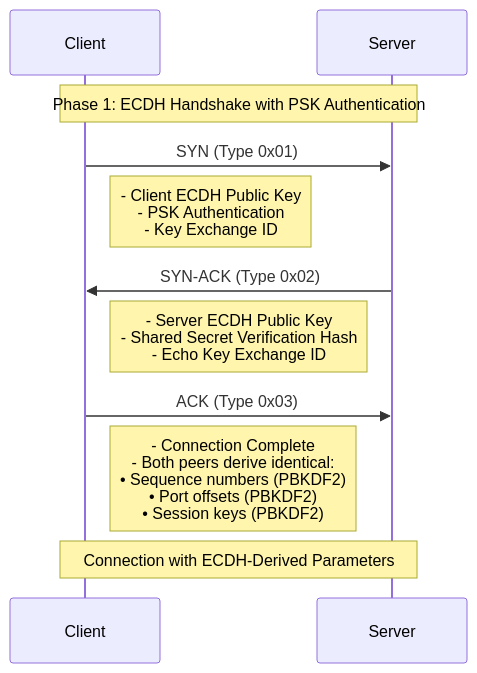
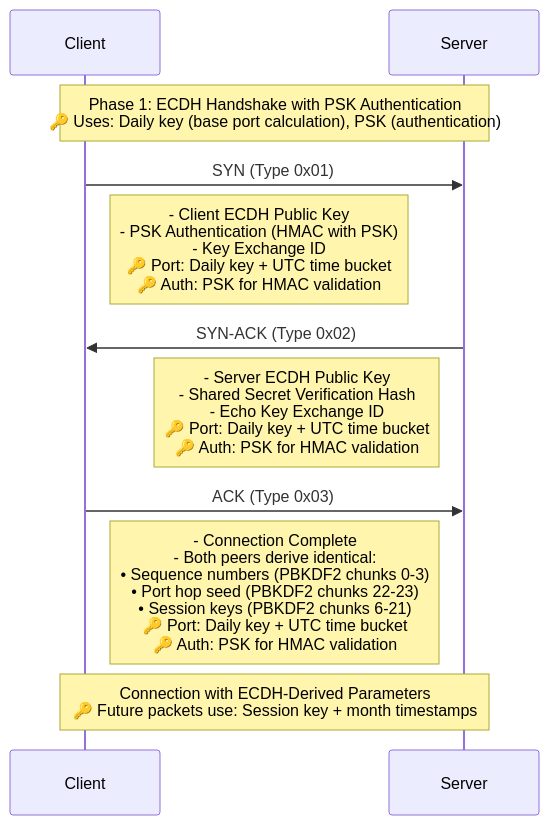
The third of 44 diagrams in design/protocol/14-sequence-diagrams.md (aidanmorgan/buckwild), drawn with Mermaid before and after one commit. The commit also changed other lines of this file and 9 other files, not shown here.

````diff
--- a/design/protocol/14-sequence-diagrams.md
+++ b/design/protocol/14-sequence-diagrams.md
@@ -71,17 +71,17 @@
 ```mermaid
 sequenceDiagram
     participant Client
     participant Server
     
-    Note over Client,Server: Phase 1: ECDH Handshake with PSK Authentication
+    Note over Client,Server: Phase 1: ECDH Handshake with PSK Authentication<br/>🔑 Uses: Daily key (base port calculation), PSK (authentication)
     Client->>Server: SYN (Type 0x01)
-    Note right of Client: - Client ECDH Public Key<br/>- PSK Authentication<br/>- Key Exchange ID
+    Note right of Client: - Client ECDH Public Key<br/>- PSK Authentication (HMAC with PSK)<br/>- Key Exchange ID<br/>🔑 Port: Daily key + UTC time bucket<br/>🔑 Auth: PSK for HMAC validation
     
     Server->>Client: SYN-ACK (Type 0x02)
-    Note left of Server: - Server ECDH Public Key<br/>- Shared Secret Verification Hash<br/>- Echo Key Exchange ID
+    Note left of Server: - Server ECDH Public Key<br/>- Shared Secret Verification Hash<br/>- Echo Key Exchange ID<br/>🔑 Port: Daily key + UTC time bucket<br/>🔑 Auth: PSK for HMAC validation
     
     Client->>Server: ACK (Type 0x03)
-    Note right of Client: - Connection Complete<br/>- Both peers derive identical:<br/>  • Sequence numbers (PBKDF2)<br/>  • Port offsets (PBKDF2)<br/>  • Session keys (PBKDF2)
+    Note right of Client: - Connection Complete<br/>- Both peers derive identical:<br/>  • Sequence numbers (PBKDF2 chunks 0-3)<br/>  • Port hop seed (PBKDF2 chunks 22-23)<br/>  • Session keys (PBKDF2 chunks 6-21)<br/>🔑 Port: Daily key + UTC time bucket<br/>🔑 Auth: PSK for HMAC validation
     
-    Note over Client,Server: Connection with ECDH-Derived Parameters
+    Note over Client,Server: Connection with ECDH-Derived Parameters<br/>🔑 Future packets use: Session key + month timestamps
 ```
````
